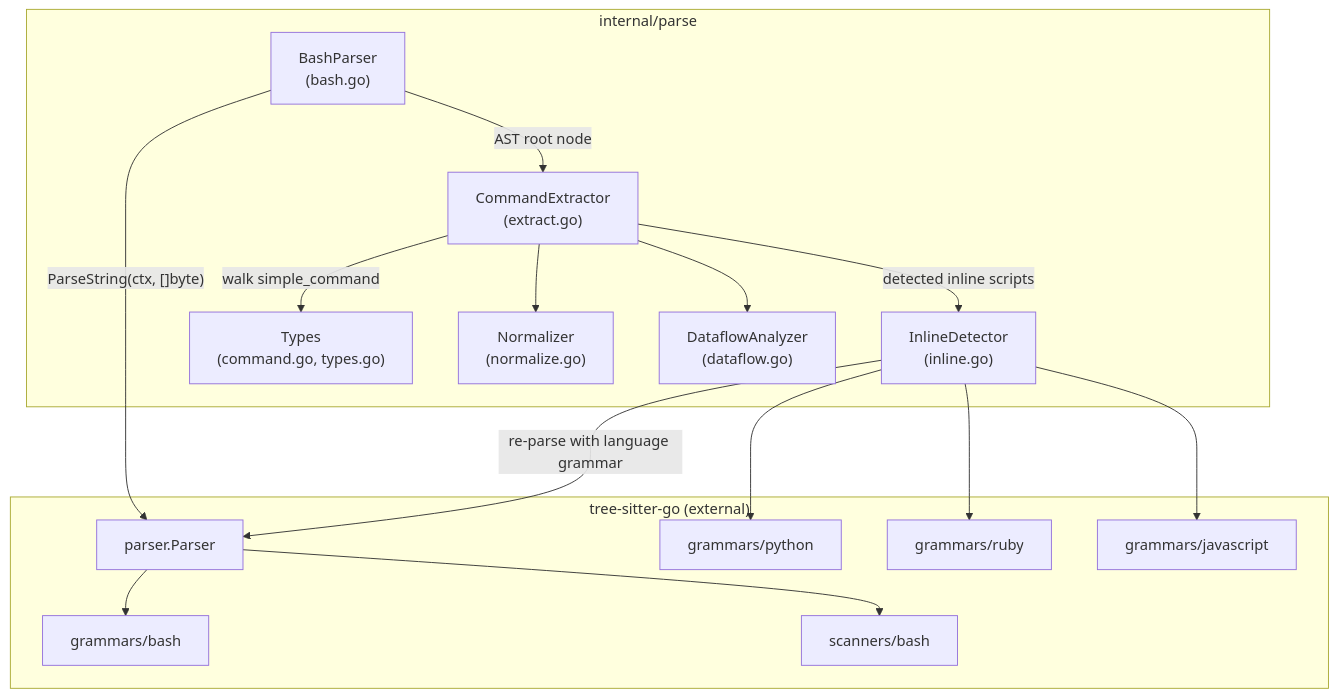
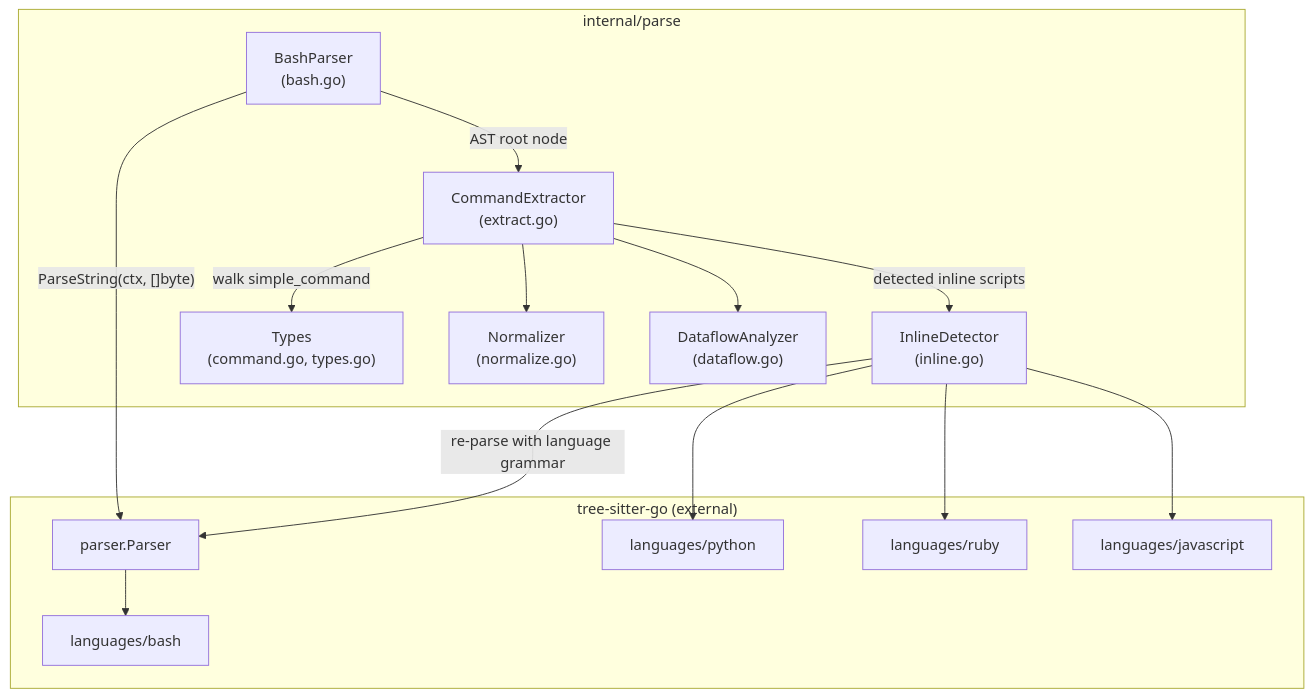
The first of 2 diagrams in docs/plans/01-treesitter-integration.md (dcosson/destructive-command-guard-go), drawn with Mermaid before and after one commit. The commit also changed other lines of this file, not shown here.

````diff
--- a/docs/plans/01-treesitter-integration.md
+++ b/docs/plans/01-treesitter-integration.md
@@ -68,33 +67,31 @@
 ```mermaid
 graph TB
     subgraph "internal/parse"
         BashParser["BashParser<br/>(bash.go)"]
         Extractor["CommandExtractor<br/>(extract.go)"]
         Normalizer["Normalizer<br/>(normalize.go)"]
         Dataflow["DataflowAnalyzer<br/>(dataflow.go)"]
         InlineDetector["InlineDetector<br/>(inline.go)"]
         Types["Types<br/>(command.go, types.go)"]
     end
 
     subgraph "tree-sitter-go (external)"
         TSParser["parser.Parser"]
-        BashGrammar["grammars/bash"]
-        BashScanner["scanners/bash"]
-        PythonGrammar["grammars/python"]
-        RubyGrammar["grammars/ruby"]
-        JSGrammar["grammars/javascript"]
+        BashLang["languages/bash"]
+        PythonLang["languages/python"]
+        RubyLang["languages/ruby"]
+        JSLang["languages/javascript"]
     end
 
     BashParser -->|"ParseString(ctx, []byte)"| TSParser
-    TSParser --> BashGrammar
-    TSParser --> BashScanner
+    TSParser --> BashLang
     BashParser -->|"AST root node"| Extractor
     Extractor -->|"walk simple_command"| Types
     Extractor --> Normalizer
     Extractor --> Dataflow
     Extractor -->|"detected inline scripts"| InlineDetector
     InlineDetector -->|"re-parse with language grammar"| TSParser
-    InlineDetector --> PythonGrammar
-    InlineDetector --> RubyGrammar
-    InlineDetector --> JSGrammar
+    InlineDetector --> PythonLang
+    InlineDetector --> RubyLang
+    InlineDetector --> JSLang
 ```
````
